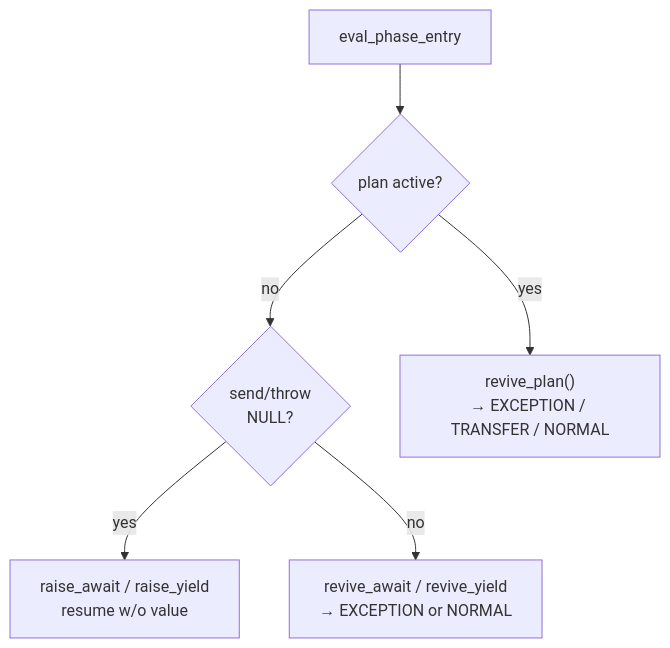
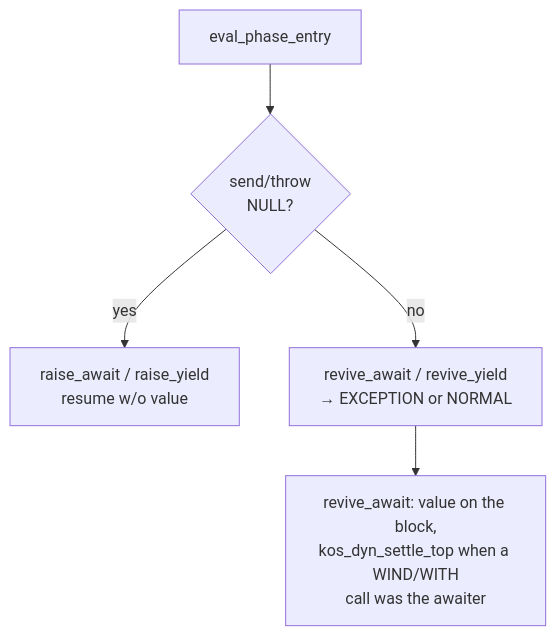
The third of 12 diagrams in design/EVALUATOR.md (koskari-lang/koskari), drawn with Mermaid before and after one commit. The commit also changed other lines of this file and 22 other files, not shown here.

````diff
--- a/design/EVALUATOR.md
+++ b/design/EVALUATOR.md
@@ -253,15 +253,13 @@
 ```mermaid
 flowchart TD
     entry["eval_phase_entry"]
-    plan_check{"plan active?"}
     send_check{"send/throw<br/>NULL?"}
-    revive_plan["revive_plan()<br/>→ EXCEPTION / TRANSFER / NORMAL"]
     raise_xyz["raise_await / raise_yield<br/>resume w/o value"]
     revive_xyz["revive_await / revive_yield<br/>→ EXCEPTION or NORMAL"]
+    settle["revive_await: value on the block,<br/>kos_dyn_settle_top when a WIND/WITH<br/>call was the awaiter"]
 
-    entry --> plan_check
-    plan_check -->|yes| revive_plan
-    plan_check -->|no| send_check
+    entry --> send_check
     send_check -->|yes| raise_xyz
     send_check -->|no| revive_xyz
+    revive_xyz --> settle
 ```
````
